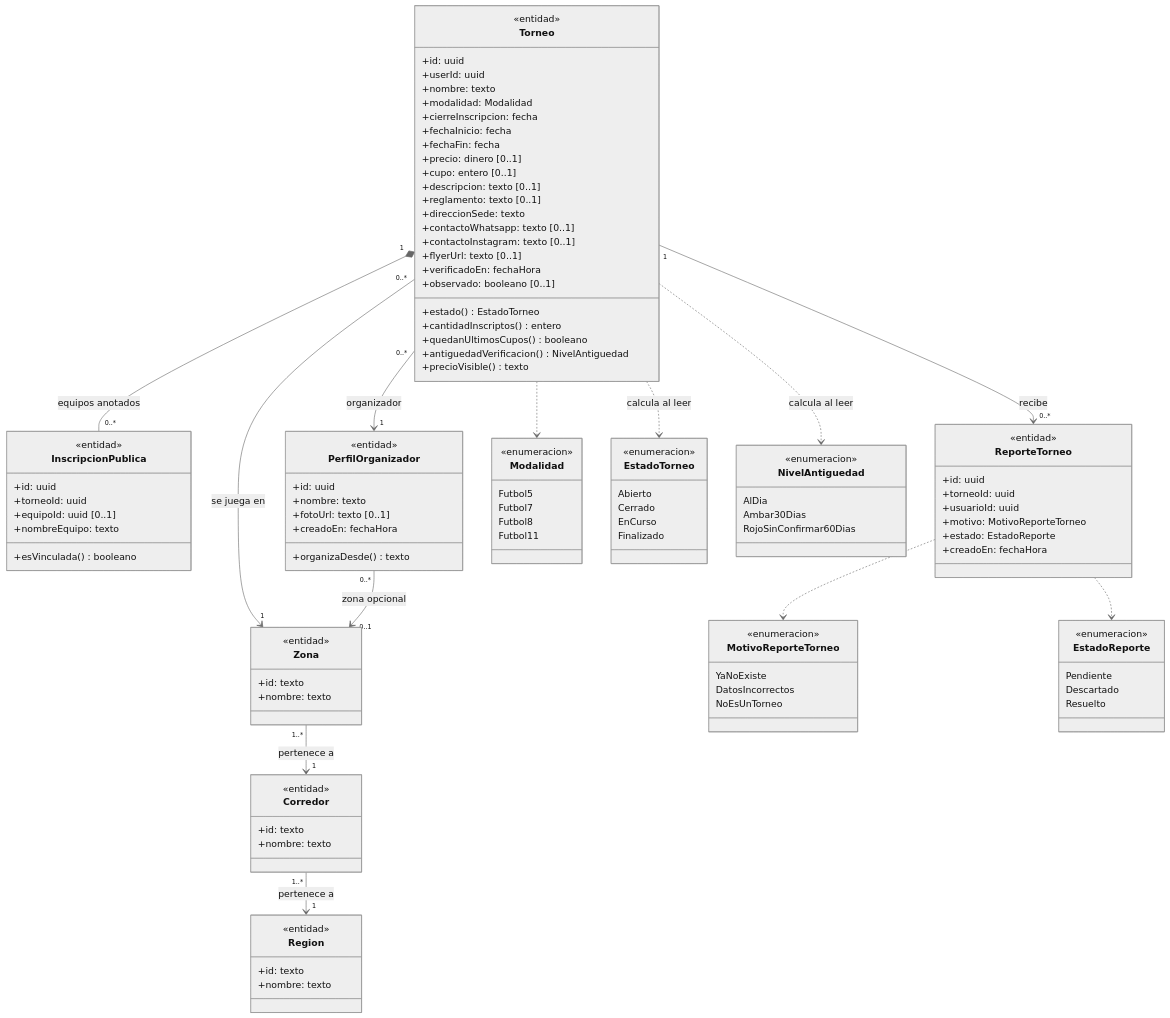
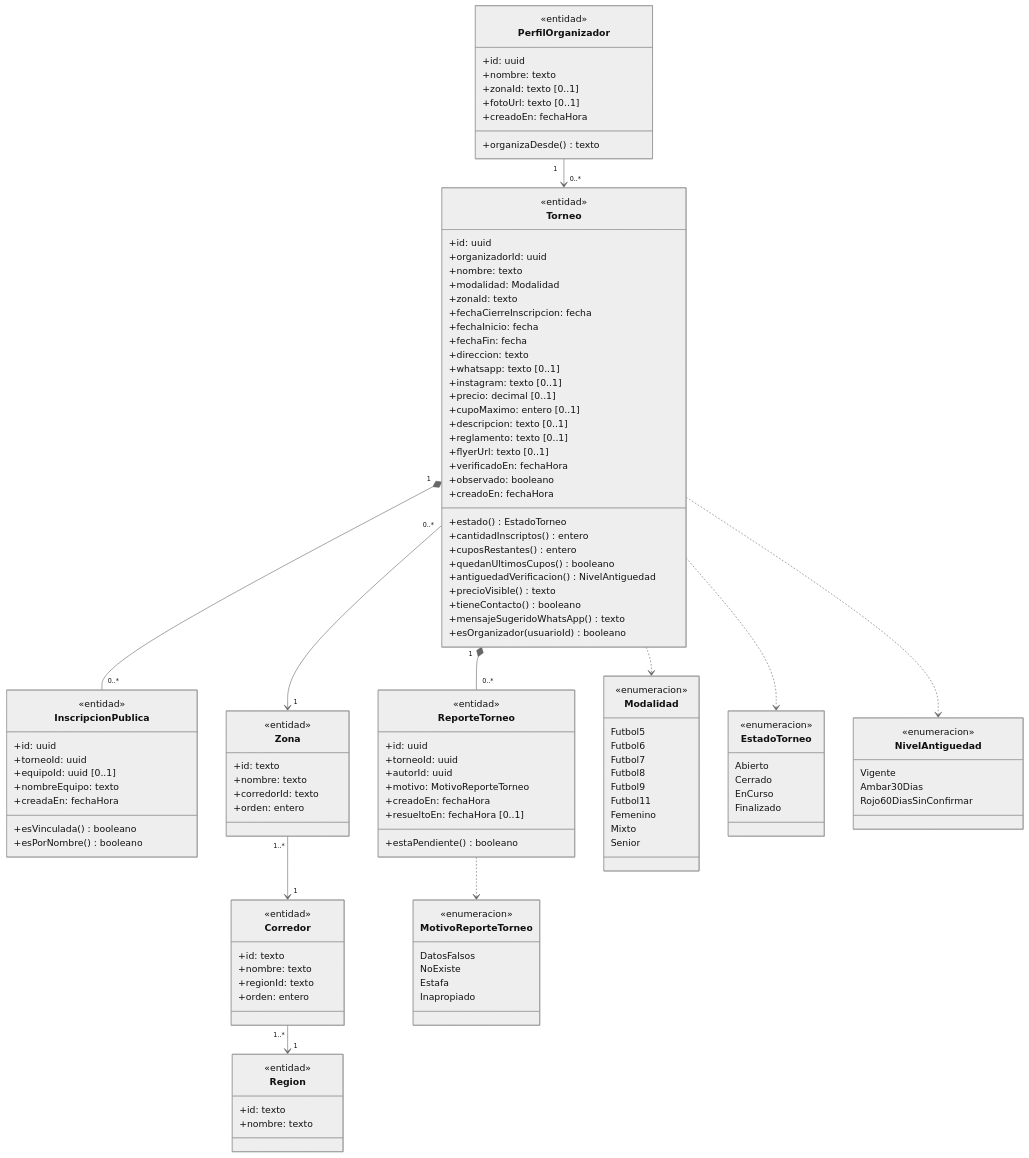
One commit to nicqletal/torneos-scraper changed the first of 7 diagrams in docs/diagramas-de-clase/catalogo-de-torneos.md. Above: the diagram before and after it, drawn with Mermaid (neutral theme). The commit also changed other lines of this file and 13 other files, not shown here.

````diff
--- a/docs/diagramas-de-clase/catalogo-de-torneos.md
+++ b/docs/diagramas-de-clase/catalogo-de-torneos.md
@@ -12,30 +12,35 @@
 ```mermaid
 classDiagram
-direction TB
 class Torneo {
   <<entidad>>
   +id: uuid
-  +userId: uuid
+  +organizadorId: uuid
   +nombre: texto
   +modalidad: Modalidad
-  +cierreInscripcion: fecha
+  +zonaId: texto
+  +fechaCierreInscripcion: fecha
   +fechaInicio: fecha
   +fechaFin: fecha
-  +precio: dinero [0..1]
-  +cupo: entero [0..1]
+  +direccion: texto
+  +whatsapp: texto [0..1]
+  +instagram: texto [0..1]
+  +precio: decimal [0..1]
+  +cupoMaximo: entero [0..1]
   +descripcion: texto [0..1]
   +reglamento: texto [0..1]
-  +direccionSede: texto
-  +contactoWhatsapp: texto [0..1]
-  +contactoInstagram: texto [0..1]
   +flyerUrl: texto [0..1]
   +verificadoEn: fechaHora
-  +observado: booleano [0..1]
+  +observado: booleano
+  +creadoEn: fechaHora
   +estado() EstadoTorneo
   +cantidadInscriptos() entero
+  +cuposRestantes() entero
   +quedanUltimosCupos() booleano
   +antiguedadVerificacion() NivelAntiguedad
   +precioVisible() texto
+  +tieneContacto() booleano
+  +mensajeSugeridoWhatsApp() texto
+  +esOrganizador(usuarioId) booleano
 }
 class InscripcionPublica {
   <<entidad>>
@@ -43,46 +48,59 @@
   +torneoId: uuid
   +equipoId: uuid [0..1]
   +nombreEquipo: texto
+  +creadaEn: fechaHora
   +esVinculada() booleano
+  +esPorNombre() booleano
 }
 class PerfilOrganizador {
   <<entidad>>
   +id: uuid
   +nombre: texto
+  +zonaId: texto [0..1]
   +fotoUrl: texto [0..1]
   +creadoEn: fechaHora
   +organizaDesde() texto
-}
-class ReporteTorneo {
-  <<entidad>>
-  +id: uuid
-  +torneoId: uuid
-  +usuarioId: uuid
-  +motivo: MotivoReporteTorneo
-  +estado: EstadoReporte
-  +creadoEn: fechaHora
 }
 class Zona {
   <<entidad>>
   +id: texto
   +nombre: texto
+  +corredorId: texto
+  +orden: entero
 }
 class Corredor {
   <<entidad>>
   +id: texto
   +nombre: texto
+  +regionId: texto
+  +orden: entero
 }
 class Region {
   <<entidad>>
   +id: texto
   +nombre: texto
 }
+class ReporteTorneo {
+  <<entidad>>
+  +id: uuid
+  +torneoId: uuid
+  +autorId: uuid
+  +motivo: MotivoReporteTorneo
+  +creadoEn: fechaHora
+  +resueltoEn: fechaHora [0..1]
+  +estaPendiente() booleano
+}
 class Modalidad {
   <<enumeracion>>
   Futbol5
+  Futbol6
   Futbol7
   Futbol8
+  Futbol9
   Futbol11
+  Femenino
+  Mixto
+  Senior
 }
 class EstadoTorneo {
   <<enumeracion>>
@@ -93,32 +111,25 @@
 }
 class NivelAntiguedad {
   <<enumeracion>>
-  AlDia
+  Vigente
   Ambar30Dias
-  RojoSinConfirmar60Dias
+  Rojo60DiasSinConfirmar
 }
 class MotivoReporteTorneo {
   <<enumeracion>>
-  YaNoExiste
-  DatosIncorrectos
-  NoEsUnTorneo
+  DatosFalsos
+  NoExiste
+  Estafa
+  Inapropiado
 }
-class EstadoReporte {
-  <<enumeracion>>
-  Pendiente
-  Descartado
-  Resuelto
-}
-Torneo "0..*" --> "1" PerfilOrganizador : organizador
-Torneo "0..*" --> "1" Zona : se juega en
-Torneo "1" *-- "0..*" InscripcionPublica : equipos anotados
-Torneo "1" --> "0..*" ReporteTorneo : recibe
-PerfilOrganizador "0..*" --> "0..1" Zona : zona opcional
-Zona "1..*" --> "1" Corredor : pertenece a
-Corredor "1..*" --> "1" Region : pertenece a
+PerfilOrganizador "1" --> "0..*" Torneo
+Torneo "1" *-- "0..*" InscripcionPublica
+Torneo "0..*" --> "1" Zona
+Zona "1..*" --> "1" Corredor
+Corredor "1..*" --> "1" Region
+Torneo "1" *-- "0..*" ReporteTorneo
 Torneo ..> Modalidad
-Torneo ..> EstadoTorneo : calcula al leer
-Torneo ..> NivelAntiguedad : calcula al leer
+Torneo ..> EstadoTorneo
+Torneo ..> NivelAntiguedad
 ReporteTorneo ..> MotivoReporteTorneo
-ReporteTorneo ..> EstadoReporte
 ```
````
